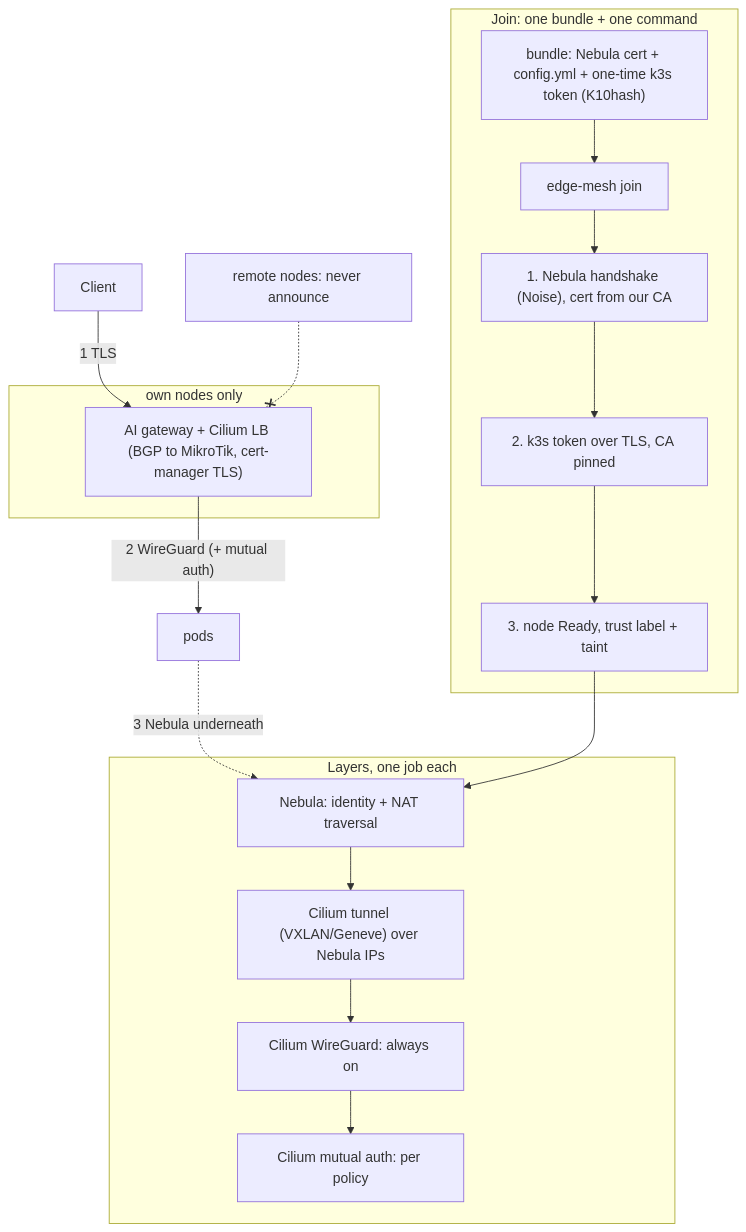
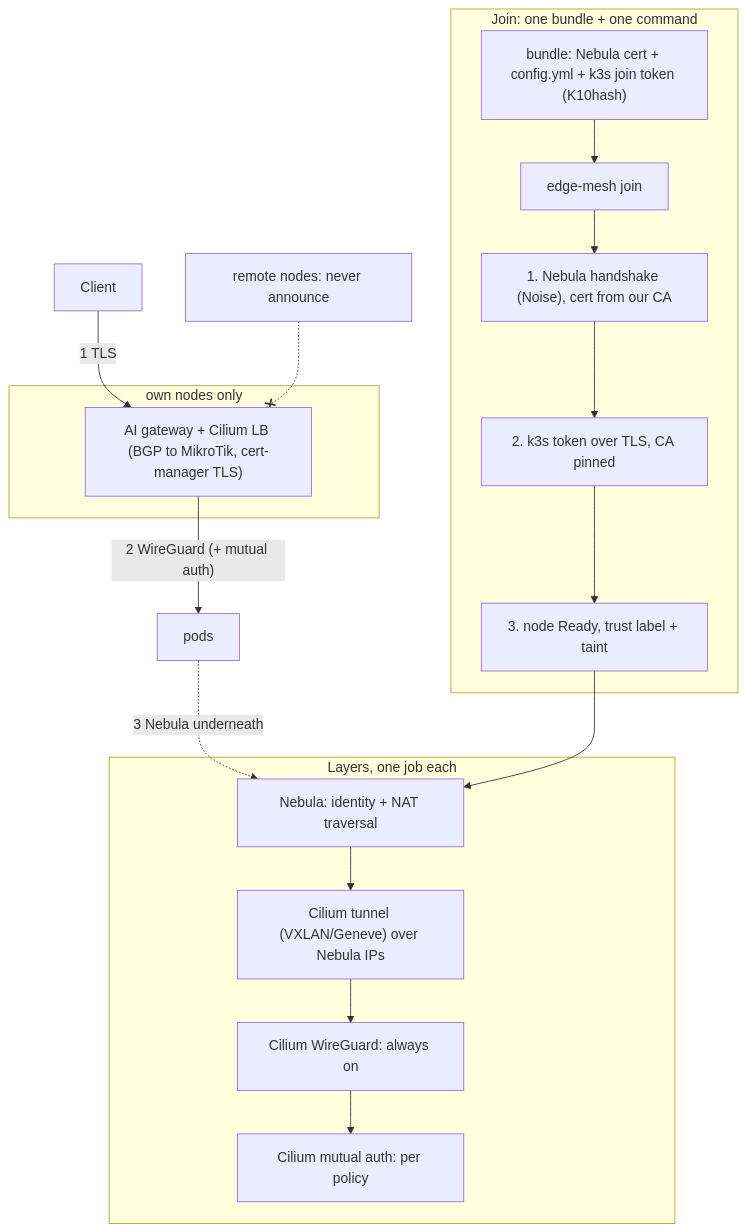
One commit to villadalmine/k8s-lan-party changed the diagram in docs/diagrams/layers-endpoints-join.mmd. Above: the diagram before and after it, drawn with Mermaid. The commit also changed 76 other files, not shown here.

```diff
--- a/docs/diagrams/layers-endpoints-join.mmd
+++ b/docs/diagrams/layers-endpoints-join.mmd
@@ -1,22 +1,22 @@
 flowchart TB
   subgraph Join["Join: one bundle + one command"]
-    bundle["bundle: Nebula cert + config.yml + one-time k3s token (K10hash)"] --> cmd["edge-mesh join"]
+    bundle["bundle: Nebula cert + config.yml + k3s join token (K10hash)"] --> cmd["edge-mesh join"]
     cmd --> neb["1. Nebula handshake (Noise), cert from our CA"]
     neb --> tok["2. k3s token over TLS, CA pinned"]
     tok --> node["3. node Ready, trust label + taint"]
   end
   subgraph Layers["Layers, one job each"]
     L1["Nebula: identity + NAT traversal"]
     L2["Cilium tunnel (VXLAN/Geneve) over Nebula IPs"]
     L3["Cilium WireGuard: always on"]
     L4["Cilium mutual auth: per policy"]
     L1 --> L2 --> L3 --> L4
   end
   subgraph Own["own nodes only"]
     gw["AI gateway + Cilium LB (BGP to MikroTik, cert-manager TLS)"]
   end
   client["Client"] -->|"1 TLS"| gw
   gw -->|"2 WireGuard (+ mutual auth)"| pods["pods"]
   pods -.->|"3 Nebula underneath"| L1
   node --> L1
   remote["remote nodes: never announce"] -.-x gw
```
